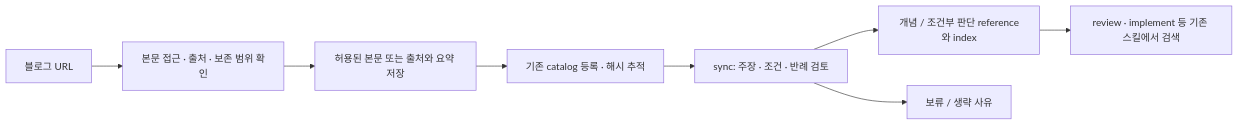
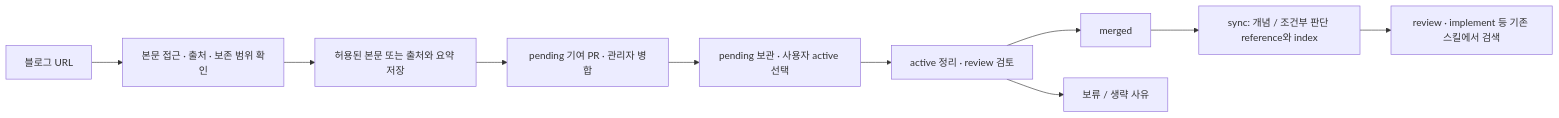
The diagram in references/linked-knowledge.md (Yelihi/frontend-system), drawn with Mermaid before and after one commit. The commit also changed other lines of this file and 855 other files, not shown here.

````diff
--- a/references/linked-knowledge.md
+++ b/references/linked-knowledge.md
@@ -5,10 +9,12 @@
 ```mermaid
 flowchart LR
   A[블로그 URL] --> B[본문 접근 · 출처 · 보존 범위 확인]
   B --> C[허용된 본문 또는 출처와 요약 저장]
-  C --> D[기존 catalog 등록 · 해시 추적]
-  D --> E[sync: 주장 · 조건 · 반례 검토]
-  E --> F[개념 / 조건부 판단 reference와 index]
+  C --> D[pending 기여 PR · 관리자 병합]
+  D --> S[pending 보관 · 사용자 active 선택]
+  S --> E[active 정리 · review 검토]
+  E --> M[merged]
+  M --> F[sync: 개념 / 조건부 판단 reference와 index]
   E --> G[보류 / 생략 사유]
   F --> H[review · implement 등 기존 스킬에서 검색]
 ```
````
